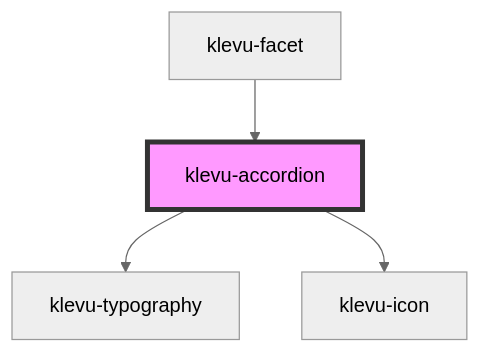
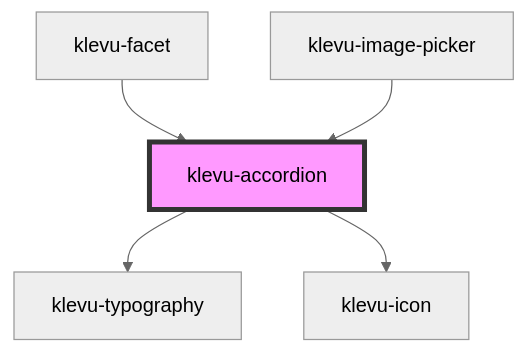
Before and after one commit to klevultd/frontend-sdk: the diagram in packages/klevu-ui/src/components/klevu-accordion/readme.md, drawn with Mermaid (neutral theme). The commit also changed other lines of this file and 28 other files, not shown here.

````diff
--- a/packages/klevu-ui/src/components/klevu-accordion/readme.md
+++ b/packages/klevu-ui/src/components/klevu-accordion/readme.md
@@ -39,7 +40,8 @@
 ```mermaid
 graph TD;
   klevu-accordion --> klevu-typography
   klevu-accordion --> klevu-icon
   klevu-facet --> klevu-accordion
+  klevu-image-picker --> klevu-accordion
   style klevu-accordion fill:#f9f,stroke:#333,stroke-width:4px
 ```
````
